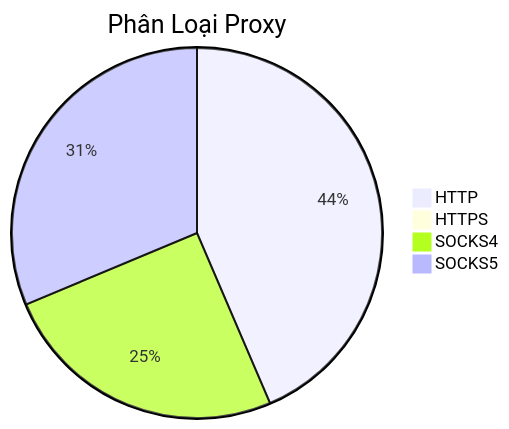
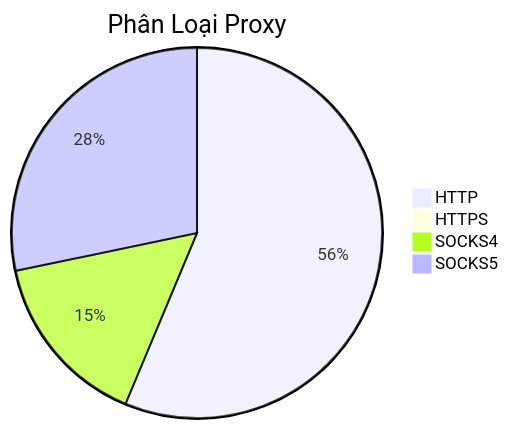
The diagram in README.md (Ciara-12/PROXY-free), drawn with Mermaid before and after one commit. The commit also changed other lines of this file and 4 other files, not shown here.

````diff
--- a/README.md
+++ b/README.md
@@ -26,7 +26,7 @@
 ```mermaid
 pie title Phân Loại Proxy
-    "HTTP" : 530
-    "HTTPS" : 0
-    "SOCKS4" : 306
-    "SOCKS5" : 381
+    "HTTP" : 683
+    "HTTPS" : 1
+    "SOCKS4" : 187
+    "SOCKS5" : 343
 ```
````
